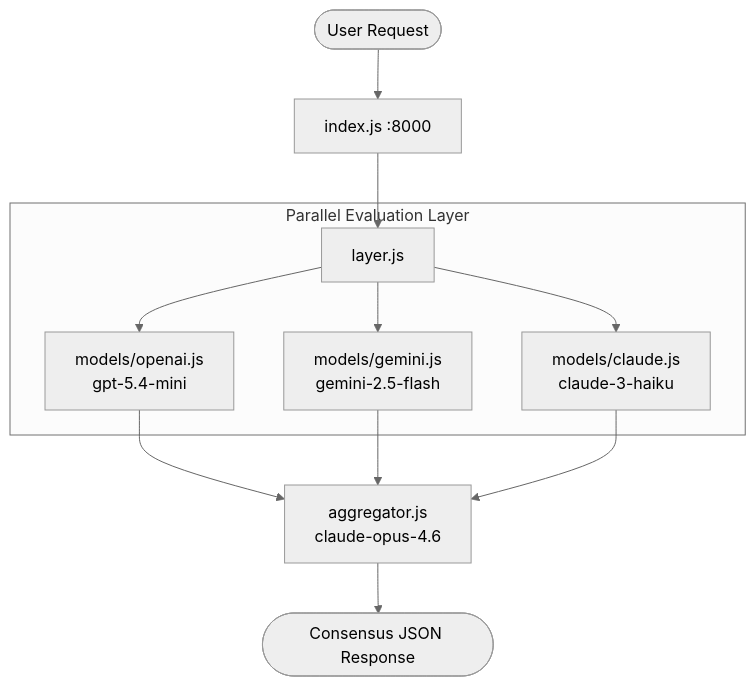
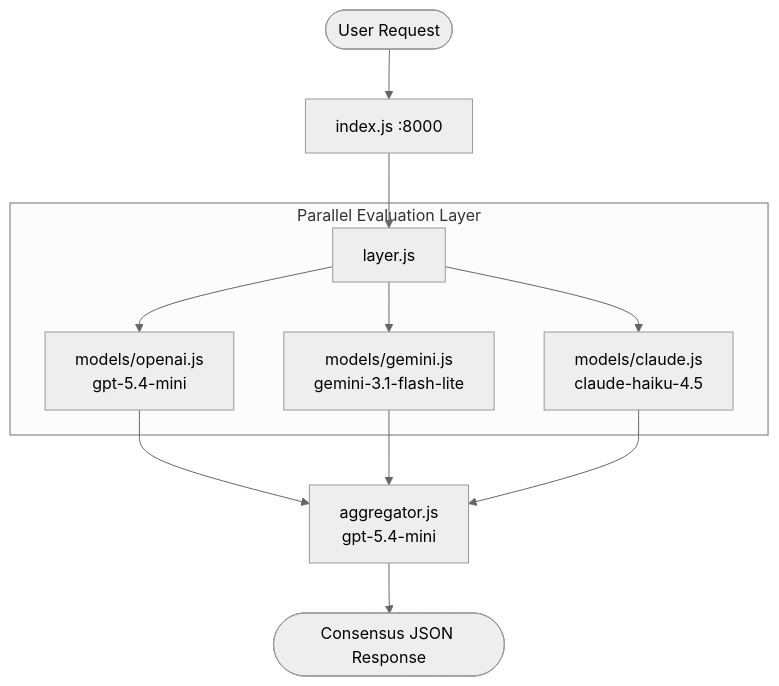
Before and after one commit to TarunBansal19/Multi-Model-Consensus-Pipeline: the diagram in backend/README.md, drawn with Mermaid (neutral theme). The commit also changed other lines of this file and 1 other file, not shown here.

````diff
--- a/backend/README.md
+++ b/backend/README.md
@@ -9,17 +9,17 @@
 ```mermaid
 graph TD
     User([User Request]) --> API[index.js :8000]
     API --> Layer[layer.js]
 
     subgraph Parallel Evaluation Layer
         Layer --> OpenAI[models/openai.js<br>gpt-5.4-mini]
-        Layer --> Gemini[models/gemini.js<br>gemini-2.5-flash]
-        Layer --> Claude[models/claude.js<br>claude-3-haiku]
+        Layer --> Gemini[models/gemini.js<br>gemini-3.1-flash-lite]
+        Layer --> Claude[models/claude.js<br>claude-haiku-4.5]
     end
 
-    OpenAI --> Aggregator[aggregator.js<br>claude-opus-4.6]
+    OpenAI --> Aggregator[aggregator.js<br>gpt-5.4-mini]
     Gemini --> Aggregator
     Claude --> Aggregator
 
     Aggregator --> Output([Consensus JSON Response])
 ```
````
